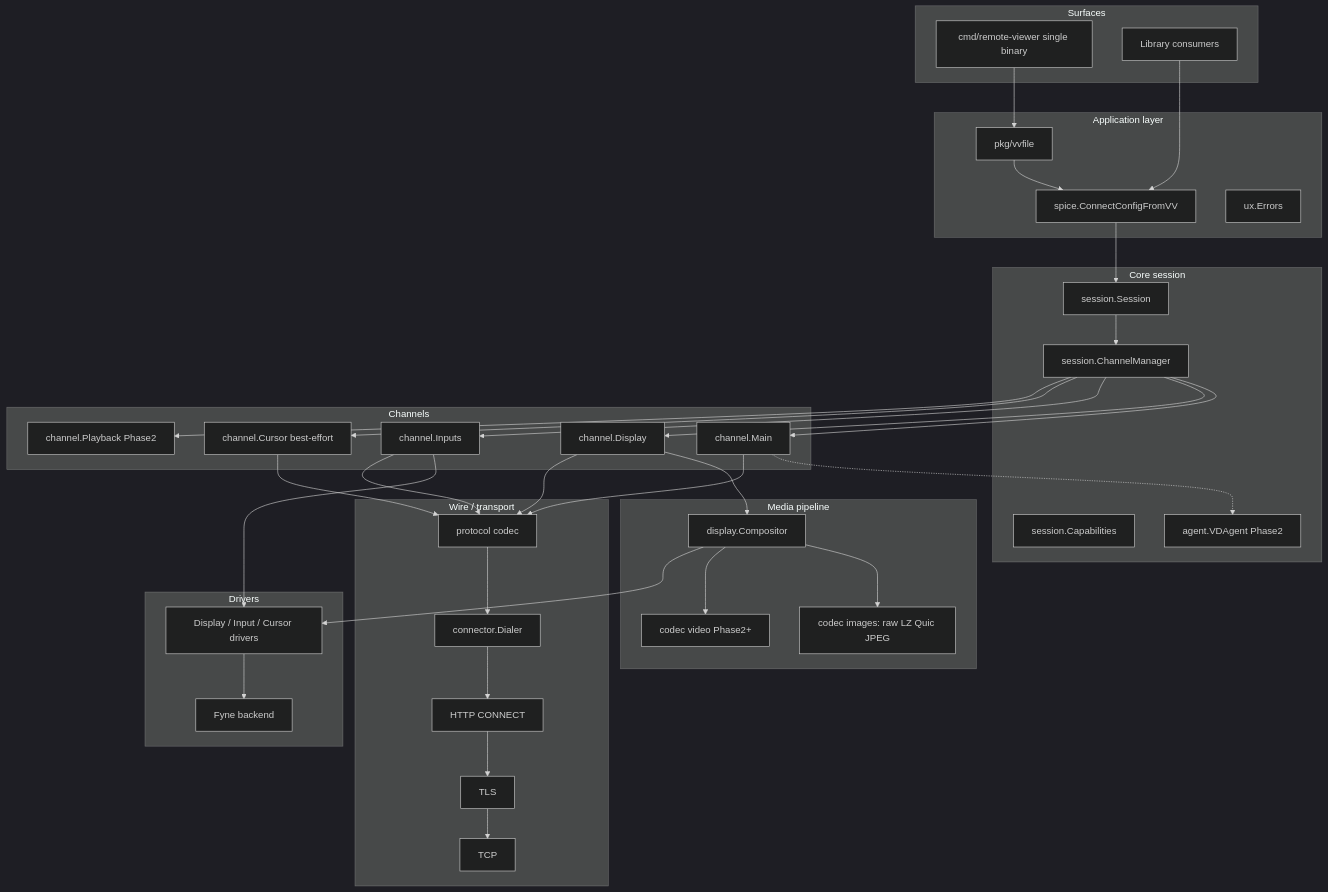
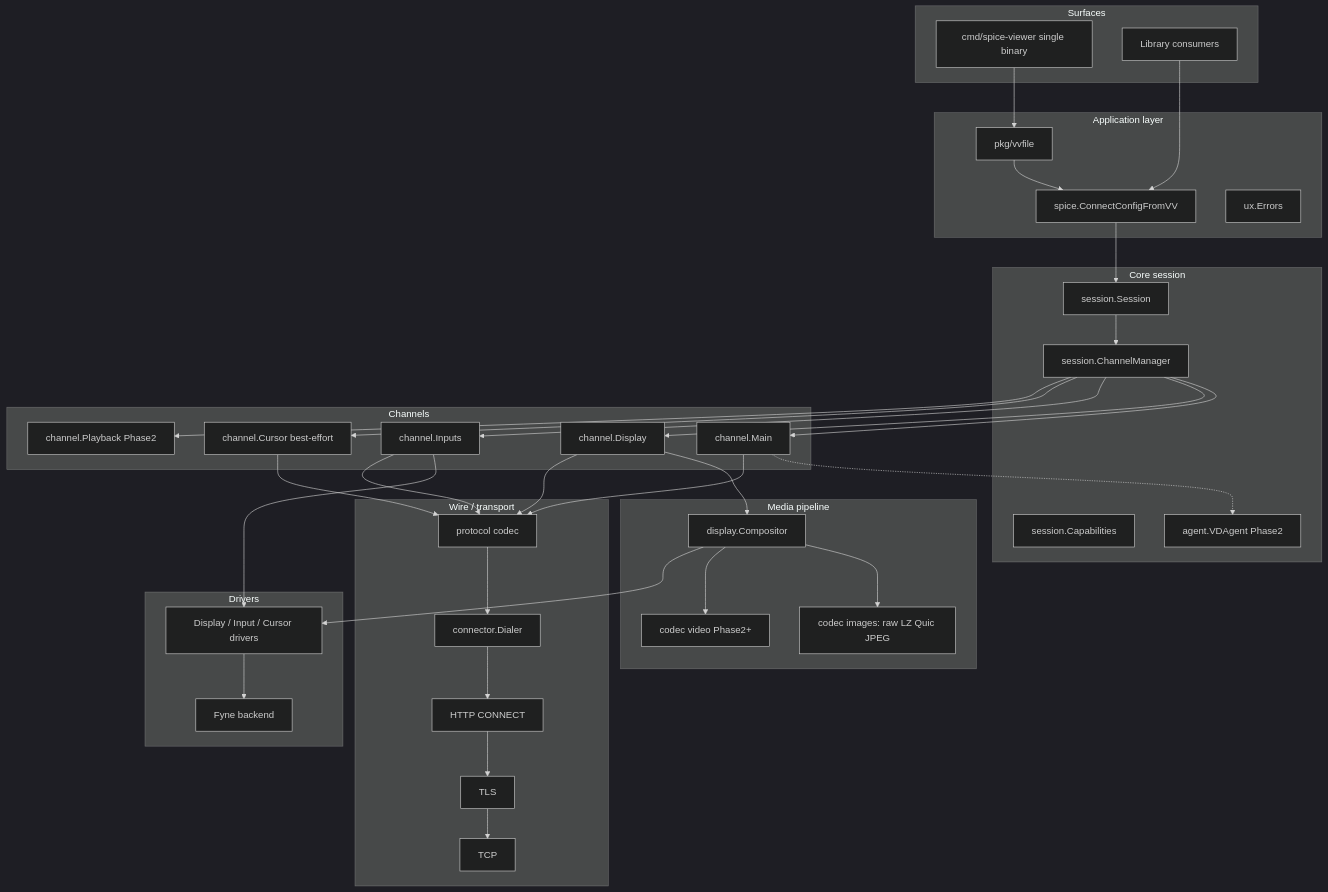
One commit to maskraven/spice-viewer changed the first of 5 diagrams in docs/design-spice-viewer-go.md. Above: the diagram before and after it, drawn with Mermaid (dark theme). The commit also changed other lines of this file and 43 other files, not shown here.

First line of the commit message:
refactor: rename product binary remote-viewer → spice-viewer

````diff
--- a/docs/design-spice-viewer-go.md
+++ b/docs/design-spice-viewer-go.md
@@ -89,63 +89,63 @@
 ```mermaid
 flowchart TB
   subgraph surfaces [Surfaces]
-    CLI[cmd/remote-viewer single binary]
+    CLI[cmd/spice-viewer single binary]
     LIBAPI[Library consumers]
   end
 
   subgraph app [Application layer]
     VV[pkg/vvfile]
     MAP[spice.ConnectConfigFromVV]
     UX[ux.Errors]
   end
 
   subgraph core [Core session]
     SESS[session.Session]
     CHMGR[session.ChannelManager]
     CAPS[session.Capabilities]
     AGENT[agent.VDAgent Phase2]
   end
 
   subgraph channels [Channels]
     MAIN[channel.Main]
     DISP[channel.Display]
     INP[channel.Inputs]
     CUR[channel.Cursor best-effort]
     PLAY[channel.Playback Phase2]
   end
 
   subgraph wire [Wire / transport]
     PROTO[protocol codec]
     CONN[connector.Dialer]
     TCP[TCP]
     TLS[TLS]
     HCONN[HTTP CONNECT]
   end
 
   subgraph media [Media pipeline]
     IMG[codec images: raw LZ Quic JPEG]
     VID[codec video Phase2+]
     COMP[display.Compositor]
   end
 
   subgraph drivers [Drivers]
     DRV[Display / Input / Cursor drivers]
     FYNE[Fyne backend]
   end
 
   CLI --> VV
   LIBAPI --> MAP
   VV --> MAP
   MAP --> SESS
   SESS --> CHMGR
   CHMGR --> MAIN & DISP & INP & CUR & PLAY
   MAIN -.-> AGENT
   DISP --> COMP
   COMP --> IMG & VID
   COMP --> DRV
   INP --> DRV
   MAIN & DISP & INP & CUR --> PROTO
   PROTO --> CONN
   CONN --> HCONN --> TLS --> TCP
   DRV --> FYNE
 ```
````
